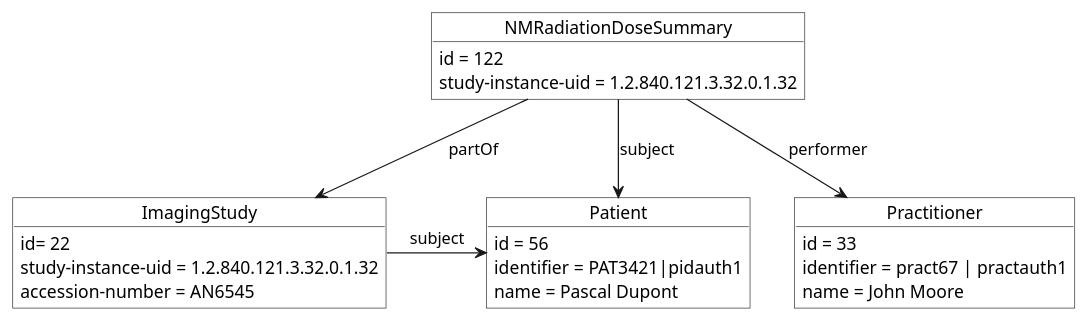
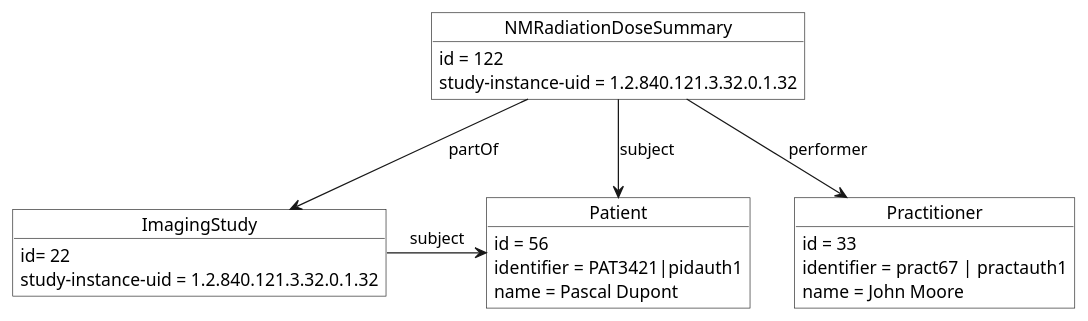
Before and after one commit to HL7/fhir-radiation-dose-summary-ig: the diagram in input/images-source/example3.plantuml, drawn with PlantUML. The commit also changed 14 other files, not shown here.

Commit message:
fix issue related to identifiers of StudyInstanceUID and AccessionNumber

```diff
--- a/input/images-source/example3.plantuml
+++ b/input/images-source/example3.plantuml
@@ -1,32 +1,31 @@
-@startuml example3
+@startuml
 skinparam monochrome true
 
 object  NMRadiationDoseSummary #white { 
   id = 122
   study-instance-uid = 1.2.840.121.3.32.0.1.32
 }
 
 object  Patient #white { 
   id = 56
   identifier = PAT3421|pidauth1
   name = Pascal Dupont
 }
 
 object  ImagingStudy #white { 
   id= 22
   study-instance-uid = 1.2.840.121.3.32.0.1.32
-  accession-number = AN6545
 }
 
 object  Practitioner #white { 
   id = 33
   identifier = pract67 | practauth1
   name = John Moore
 }
 
 
 NMRadiationDoseSummary -d-> Patient : "subject"
 NMRadiationDoseSummary -d-> ImagingStudy : "partOf"
 NMRadiationDoseSummary -d-> Practitioner : "performer"
 ImagingStudy -> Patient : "subject"
 @enduml
```
